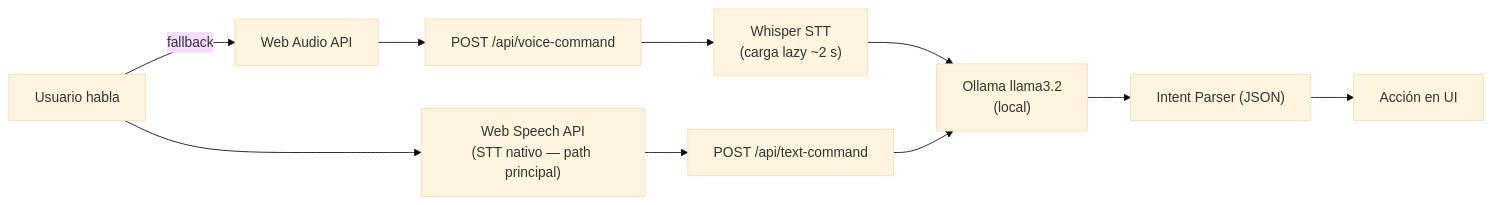
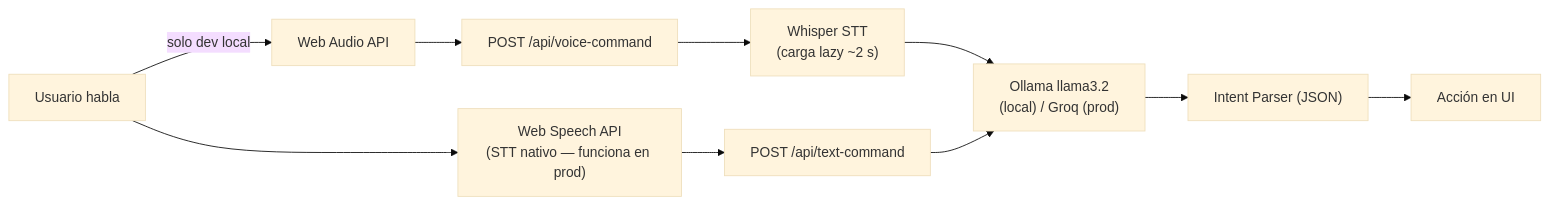
One commit to Zidnz/Milpin-pp26-v.1- changed the second of 2 diagrams in README.md. Above: the diagram before and after it, drawn with Mermaid (base theme). The commit also changed other lines of this file, not shown here.

````diff
--- a/README.md
+++ b/README.md
@@ -657,13 +757,13 @@
 ```mermaid
 flowchart LR
     USER["Usuario habla"]
-    USER --> WSA["Web Speech API\n(STT nativo — path principal)"]
+    USER --> WSA["Web Speech API\n(STT nativo — funciona en prod)"]
     WSA --> TEXT_CMD["POST /api/text-command"]
-    USER --> |fallback| AUDIO["Web Audio API"]
+    USER --> |"solo dev local"| AUDIO["Web Audio API"]
     AUDIO --> VOICE_CMD["POST /api/voice-command"]
     VOICE_CMD --> WHISPER["Whisper STT\n(carga lazy ~2 s)"]
     WHISPER --> LLM
-    TEXT_CMD --> LLM["Ollama llama3.2\n(local)"]
+    TEXT_CMD --> LLM["Ollama llama3.2\n(local) / Groq (prod)"]
     LLM --> PARSER["Intent Parser (JSON)"]
     PARSER --> UI["Acción en UI"]
 ```
````
